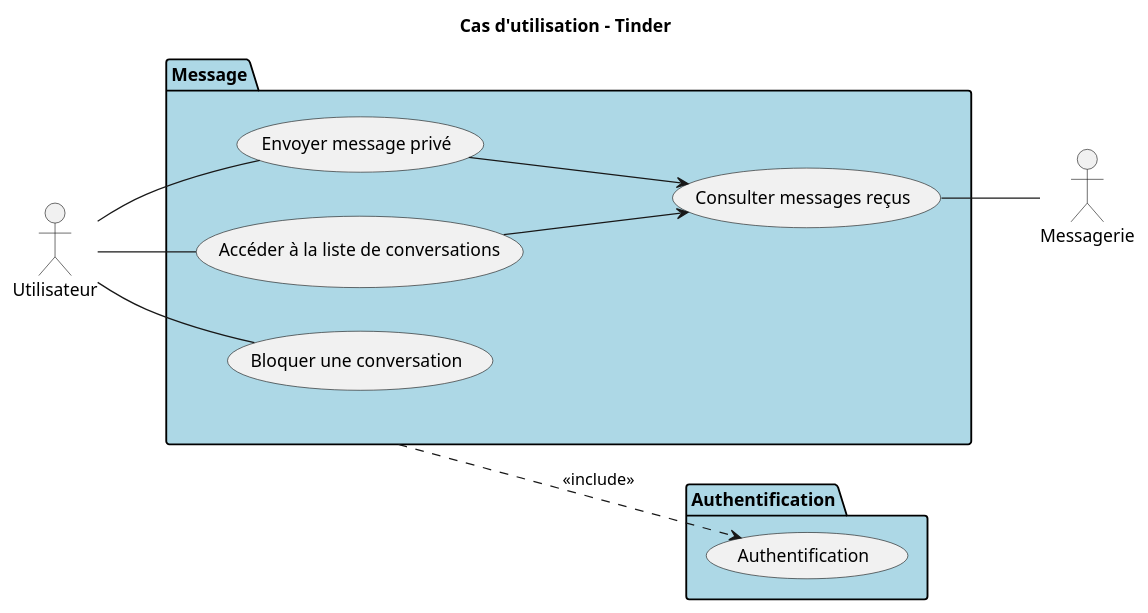
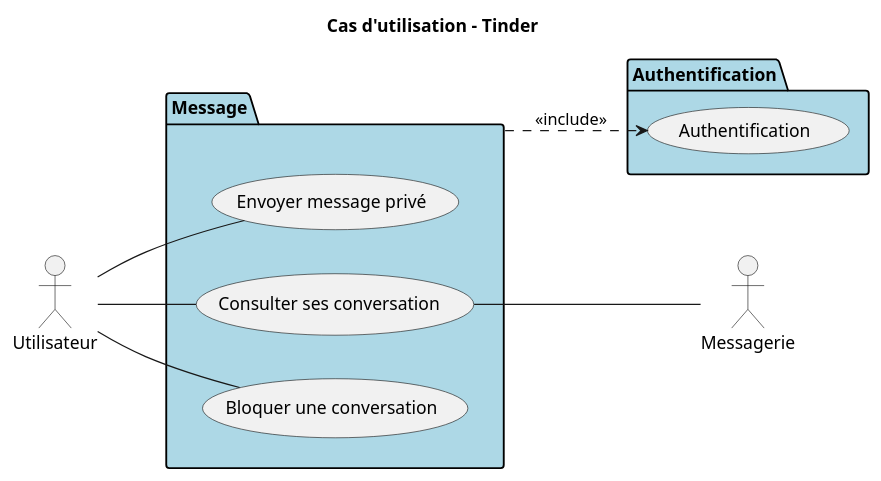
The diagram in src/Projet_Tinder_Cas_Utilisation_Messages.puml (MinaroliCorentin/PSO), drawn with PlantUML before and after one commit. The commit also changed 1 other file, not shown here.

Commit message:
Suppresion de voir messages reçu car doublons avec consulter ses conversations

```diff
--- a/src/Projet_Tinder_Cas_Utilisation_Messages.puml
+++ b/src/Projet_Tinder_Cas_Utilisation_Messages.puml
@@ -1,37 +1,31 @@
 @startuml
 
 left to right direction
 title Cas d'utilisation - Tinder
 
 actor Utilisateur
 actor Messagerie
 
 package "Authentification" #LightBlue {
 
     usecase "Authentification" as auth
 
 }
 
-
 package "Message" #LightBlue {
 
     usecase "Envoyer message privé" as mess_envoyer
-    usecase "Consulter messages reçus" as mess_consulter
-    usecase "Accéder à la liste de conversations" as mess_liste
+    usecase "Consulter ses conversation " as mess_consulter
     usecase "Bloquer une conversation" as mess_bloquer_conv
 
     Utilisateur -- mess_bloquer_conv
-    Utilisateur -- mess_liste
+    Utilisateur -- mess_consulter
     Utilisateur -- mess_envoyer
-
-    mess_liste --> mess_consulter
-
-    mess_envoyer --> mess_consulter
 
     mess_consulter -- Messagerie
 
 }
 
 "Message" ..> auth : <<include>>
 
 @enduml
```
